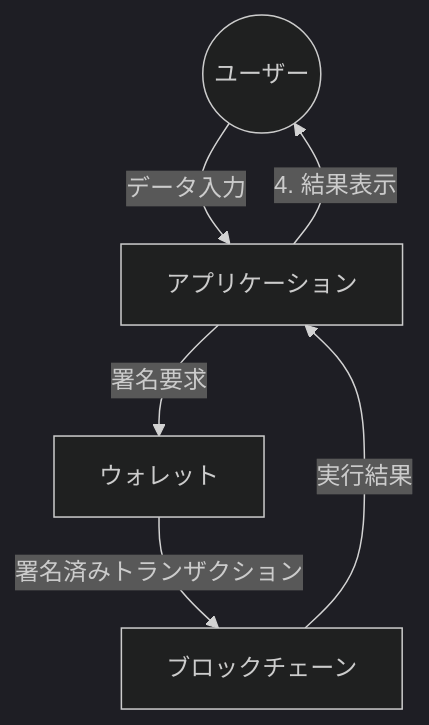
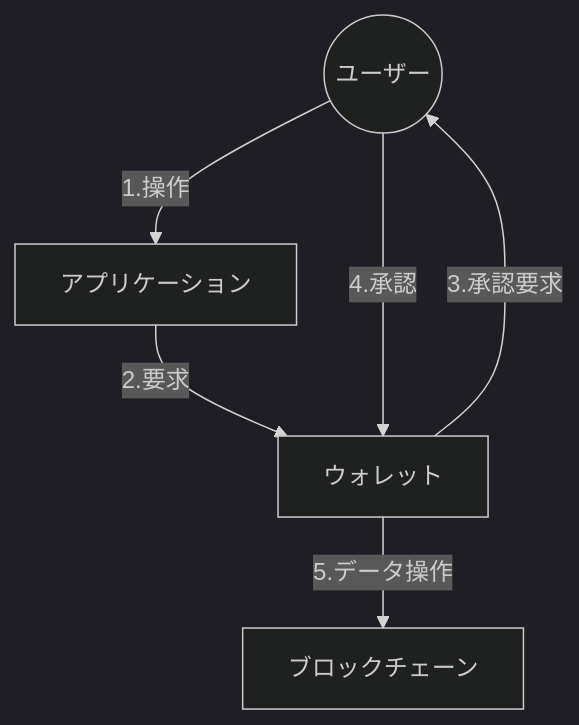
Before and after one commit to 0xPokotaro/zenn-blog: the diagram in articles/2025-04-24-blockchain-structure.md, drawn with Mermaid (dark theme). The commit also changed other lines of this file, not shown here.

Commit message:
🎯 Finalize and publish beginner-friendly blockchain article, enhancing content with detailed explanations of components, user interactions, and FAQs for improved understanding

````diff
--- a/articles/2025-04-24-blockchain-structure.md
+++ b/articles/2025-04-24-blockchain-structure.md
@@ -46,8 +52,8 @@
 ```mermaid
 graph TB
-    User((ユーザー)) -->|データ入力| App[アプリケーション]
-    App -->|署名要求| Wallet[ウォレット]
-    Wallet -->|署名済みトランザクション| Blockchain[ブロックチェーン]
-    Blockchain -->|実行結果| App
-    App -->|4. 結果表示| User
+    User((ユーザー)) -->|1.操作| App[アプリケーション]
+    App -->|2.要求| Wallet[ウォレット]
+    Wallet -->|3.承認要求| User
+    User -->|4.承認| Wallet
+    Wallet -->|5.データ操作| Blockchain[ブロックチェーン]
 ```
````
